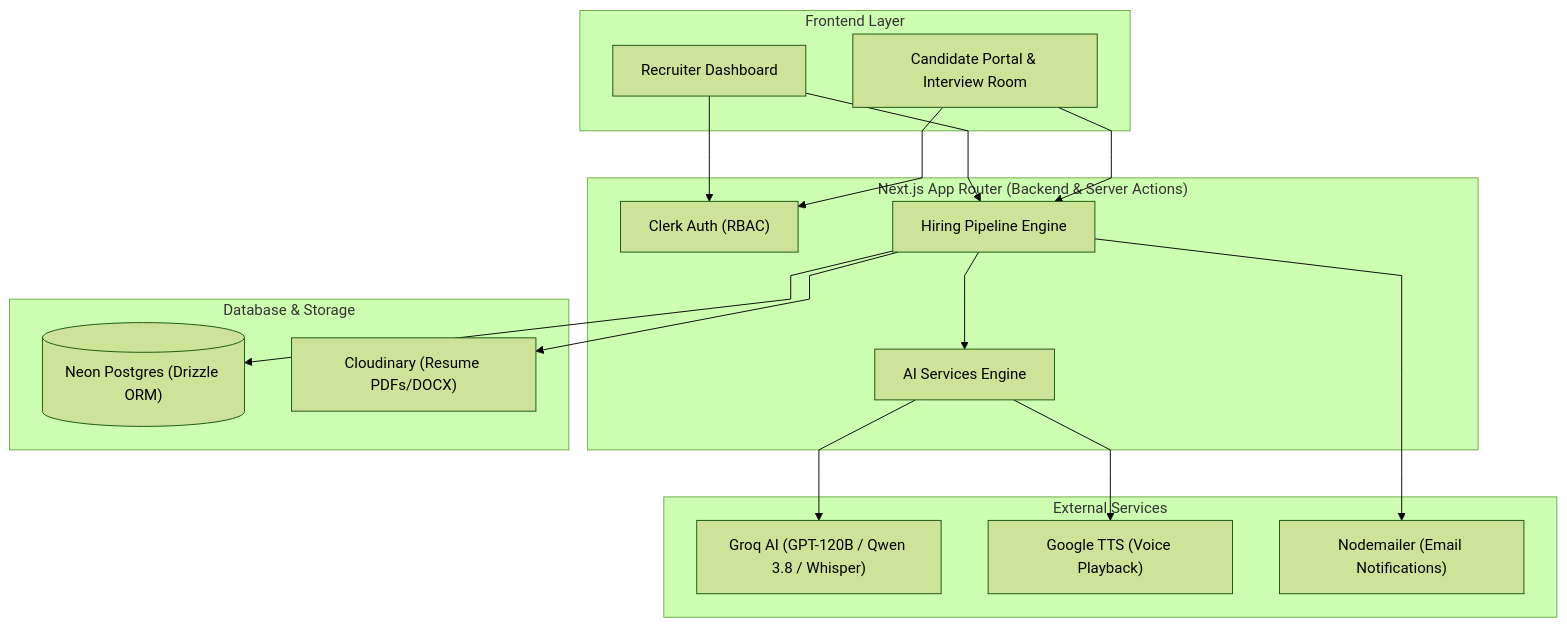
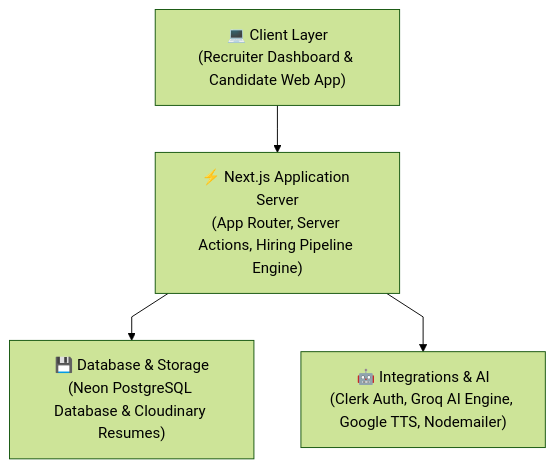
Before and after one commit to divysaxena24/Recrutva: the first of 2 diagrams in README.md, drawn with Mermaid (forest theme).

Commit message:
docs: simplify system architecture into clean 4-block vertical layout

````diff
--- a/README.md
+++ b/README.md
@@ -9,36 +9,12 @@
 ```mermaid
 %%{init: {'flowchart': {'curve': 'linear'}}}%%
 graph TD
-    subgraph Frontend ["Frontend Layer"]
-        Recruiter["Recruiter Dashboard"]
-        Candidate["Candidate Portal & Interview Room"]
-    end
+    Client["💻 Client Layer<br/>(Recruiter Dashboard & Candidate Web App)"]
+    Server["⚡ Next.js Application Server<br/>(App Router, Server Actions, Hiring Pipeline Engine)"]
+    Storage["💾 Database & Storage<br/>(Neon PostgreSQL Database & Cloudinary Resumes)"]
+    External["🤖 Integrations & AI<br/>(Clerk Auth, Groq AI Engine, Google TTS, Nodemailer)"]
 
-    subgraph Backend ["Next.js App Router (Backend & Server Actions)"]
-        Auth["Clerk Auth (RBAC)"]
-        Pipeline["Hiring Pipeline Engine"]
-        AIEngine["AI Services Engine"]
-    end
-
-    subgraph StorageLayer ["Database & Storage"]
-        DB[("Neon Postgres (Drizzle ORM)")]
-        Storage["Cloudinary (Resume PDFs/DOCX)"]
-    end
-
-    subgraph ExternalServices ["External Services"]
-        Groq["Groq AI (GPT-120B / Qwen 3.8 / Whisper)"]
-        TTS["Google TTS (Voice Playback)"]
-        Email["Nodemailer (Email Notifications)"]
-    end
-
-    Recruiter --> Auth
-    Candidate --> Auth
-    Recruiter --> Pipeline
-    Candidate --> Pipeline
-    Pipeline --> AIEngine
-    Pipeline --> DB
-    Pipeline --> Storage
-    Pipeline --> Email
-    AIEngine --> Groq
-    AIEngine --> TTS
+    Client --> Server
+    Server --> Storage
+    Server --> External
 ```
````
